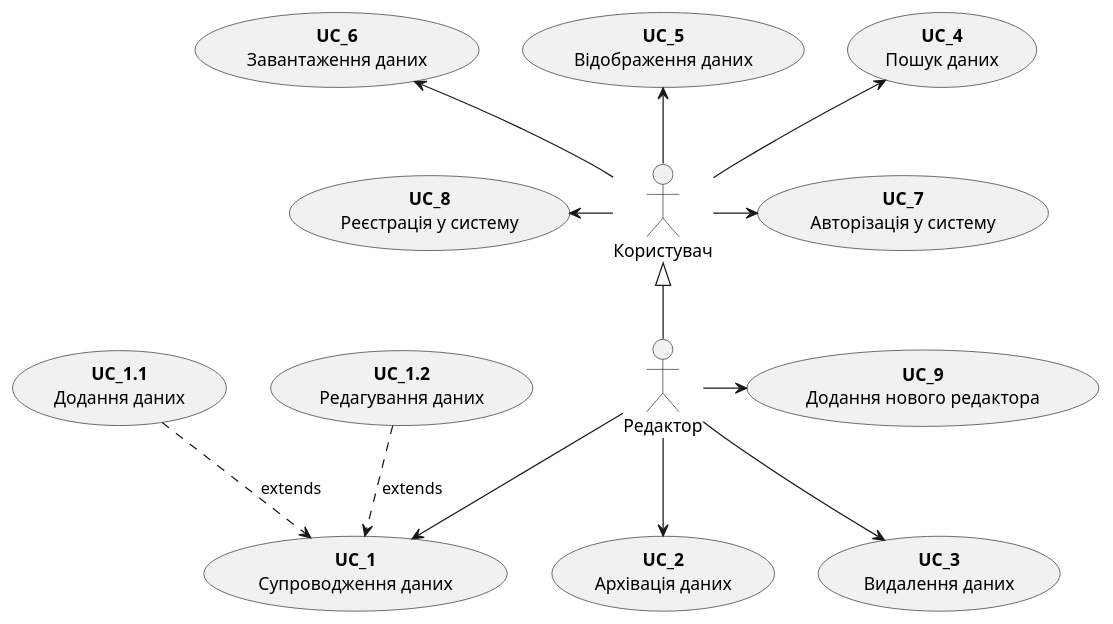
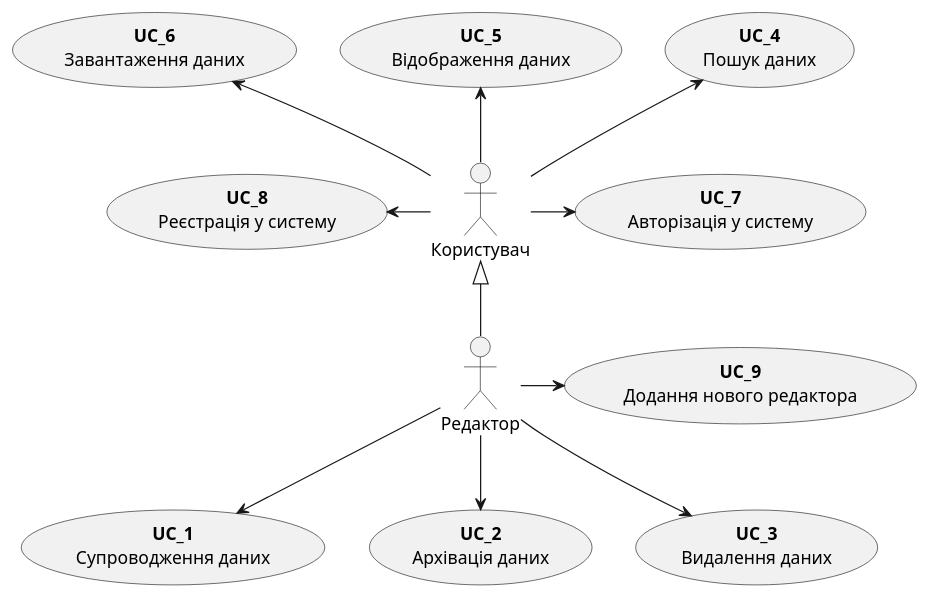
The first of 12 diagrams in docs/use cases/README.md (horidor/open-data-management-system), drawn with PlantUML before and after one commit. The commit also changed other lines of this file, not shown here.

```diff
--- a/docs/use cases/README.md
+++ b/docs/use cases/README.md
@@ -3,35 +3,31 @@
 @startuml
     actor "Користувач" as User
     actor "Редактор" as Editor
     
     
     usecase "<b>UC_1</b>\nCупроводження даних" as UC_1
     usecase "<b>UC_2</b>\nАрхівація даних" as UC_2
     usecase "<b>UC_3</b>\nВидалення даних" as UC_3
     usecase "<b>UC_4</b>\nПошук даних" as UC_4
     usecase "<b>UC_5</b>\nВідображення даних" as UC_5
     usecase "<b>UC_6</b>\nЗавантаження даних" as UC_6
-    usecase "<b>UC_1.1</b>\nДодання даних" as UC_1.1
-    usecase "<b>UC_1.2</b>\nРедагування даних" as UC_1.2
     usecase "<b>UC_7</b>\nАвторізація у систему" as UC_7
     usecase "<b>UC_8</b>\nРеєстрація у систему" as UC_8
     usecase "<b>UC_9</b>\nДодання нового редактора" as UC_9
     
 
     User -u-> UC_4
     User -u-> UC_5
     User -u-> UC_6
     User -r-> UC_7
     User -l-> UC_8
     
     Editor -u-|> User
     
     Editor -d-> UC_1
     Editor -d-> UC_2
     Editor -d-> UC_3
     Editor -r-> UC_9
-    UC_1.1 .d.> UC_1: extends
-    UC_1.2 .d.> UC_1: extends
 
     
 @enduml
```
